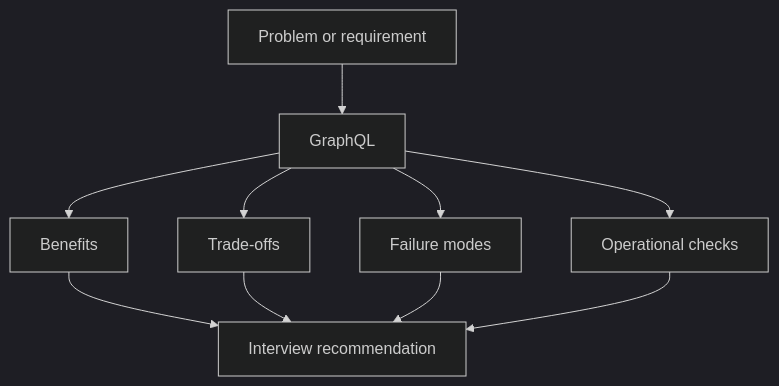
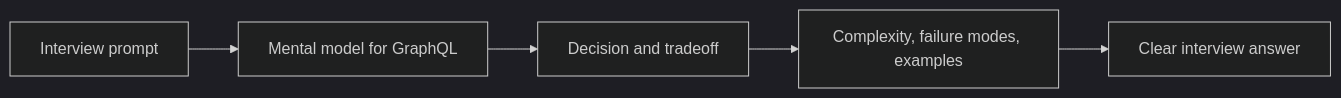
Before and after one commit to abstractinterviews/abstractinterviews.github.io: the diagram in components/api-and-communication/graphql/index.md, drawn with Mermaid (dark theme). The commit also changed other lines of this file and 278 other files, not shown here.

````diff
--- a/components/api-and-communication/graphql/index.md
+++ b/components/api-and-communication/graphql/index.md
@@ -107,12 +99,7 @@
-~~~mermaid
-flowchart TD
-    Problem["Problem or requirement"] --> Concept["GraphQL"]
-    Concept --> Benefits["Benefits"]
-    Concept --> Tradeoffs["Trade-offs"]
-    Concept --> FailureModes["Failure modes"]
-    Concept --> Operations["Operational checks"]
-    Benefits --> Decision["Interview recommendation"]
-    Tradeoffs --> Decision
-    FailureModes --> Decision
-    Operations --> Decision
-~~~
+```mermaid
+flowchart LR
+    Problem["Interview prompt"] --> Model["Mental model for GraphQL"]
+    Model --> Choice["Decision and tradeoff"]
+    Choice --> Evidence["Complexity, failure modes, examples"]
+    Evidence --> Answer["Clear interview answer"]
+```
````
